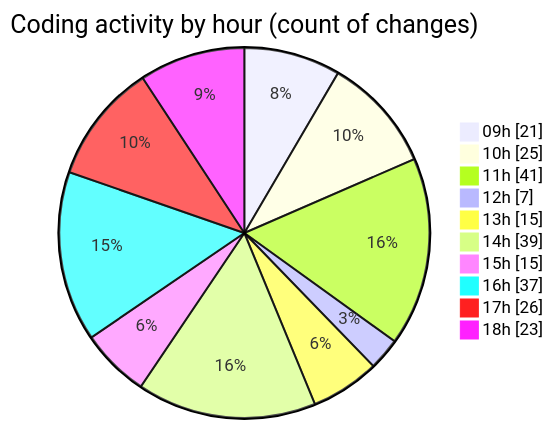
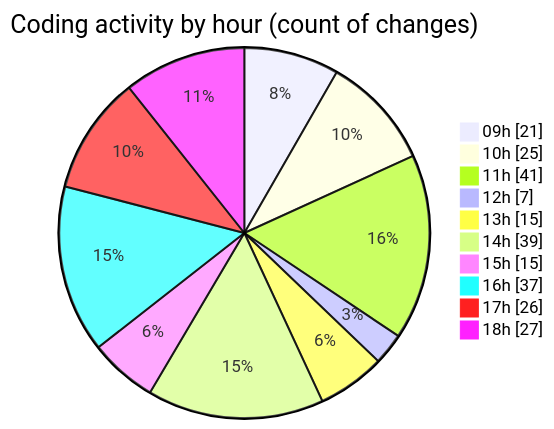
Before and after one commit to momahboobian/code-tracking: the second of 2 diagrams in 2025-12-01/cda/README.md, drawn with Mermaid. The commit also changed other lines of this file and 1 other file, not shown here.

````diff
--- a/2025-12-01/cda/README.md
+++ b/2025-12-01/cda/README.md
@@ -51,14 +51,14 @@
 ```mermaid
 pie showData
 title Coding activity by hour (count of changes)
 "09h" : 21
 "10h" : 25
 "11h" : 41
 "12h" : 7
 "13h" : 15
 "14h" : 39
 "15h" : 15
 "16h" : 37
 "17h" : 26
-"18h" : 23
+"18h" : 27
 ```
````
